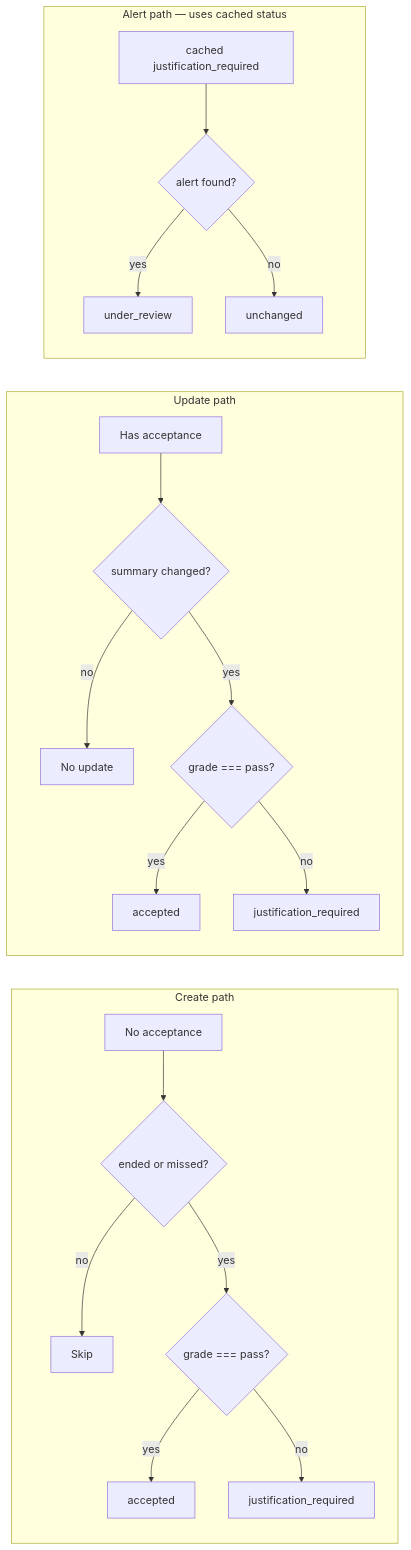
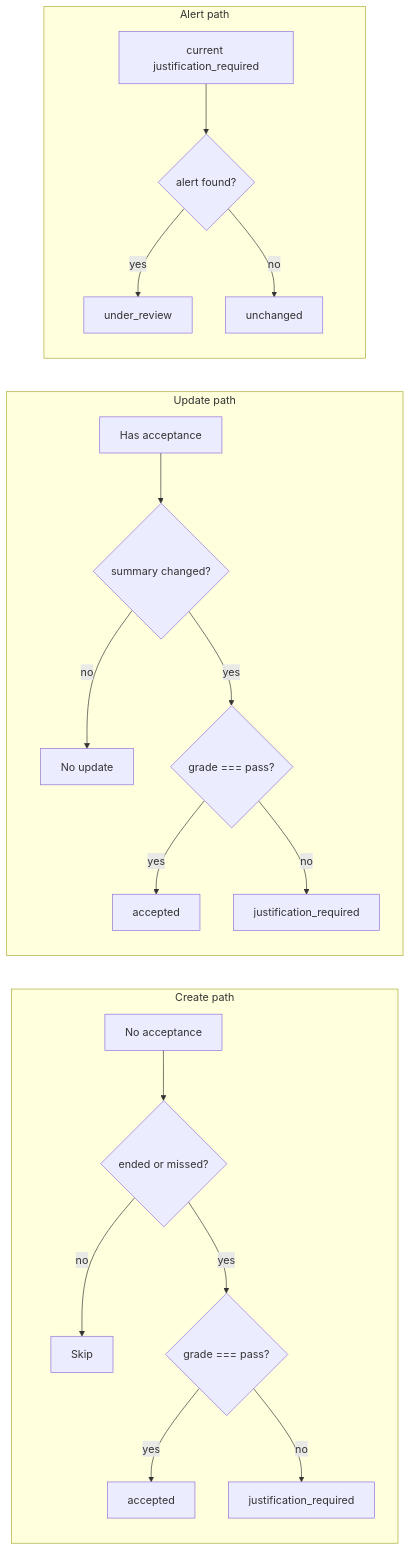
Before and after one commit to tmlmobilidade/go: the second of 2 diagrams in modules/operation/apps/rides-acceptor/README.md, drawn with Mermaid. The commit also changed other lines of this file and 18 other files, not shown here.

````diff
--- a/modules/operation/apps/rides-acceptor/README.md
+++ b/modules/operation/apps/rides-acceptor/README.md
@@ -189,24 +189,24 @@
 ```mermaid
 flowchart LR
     subgraph createPath [Create path]
         C1[No acceptance] --> C2{ended or missed?}
         C2 -->|no| CX[Skip]
         C2 -->|yes| C3{grade === pass?}
         C3 -->|yes| CA[accepted]
         C3 -->|no| CJ[justification_required]
     end
 
     subgraph updatePath [Update path]
         U1[Has acceptance] --> U2{summary changed?}
         U2 -->|no| U3[No update]
         U2 -->|yes| U4{grade === pass?}
         U4 -->|yes| UA[accepted]
         U4 -->|no| UJ[justification_required]
     end
 
-    subgraph alertPath [Alert path — uses cached status]
-        A1[cached justification_required] --> A2{alert found?}
+    subgraph alertPath [Alert path]
+        A1[current justification_required] --> A2{alert found?}
         A2 -->|yes| AR[under_review]
         A2 -->|no| AN[unchanged]
     end
 ```
````
